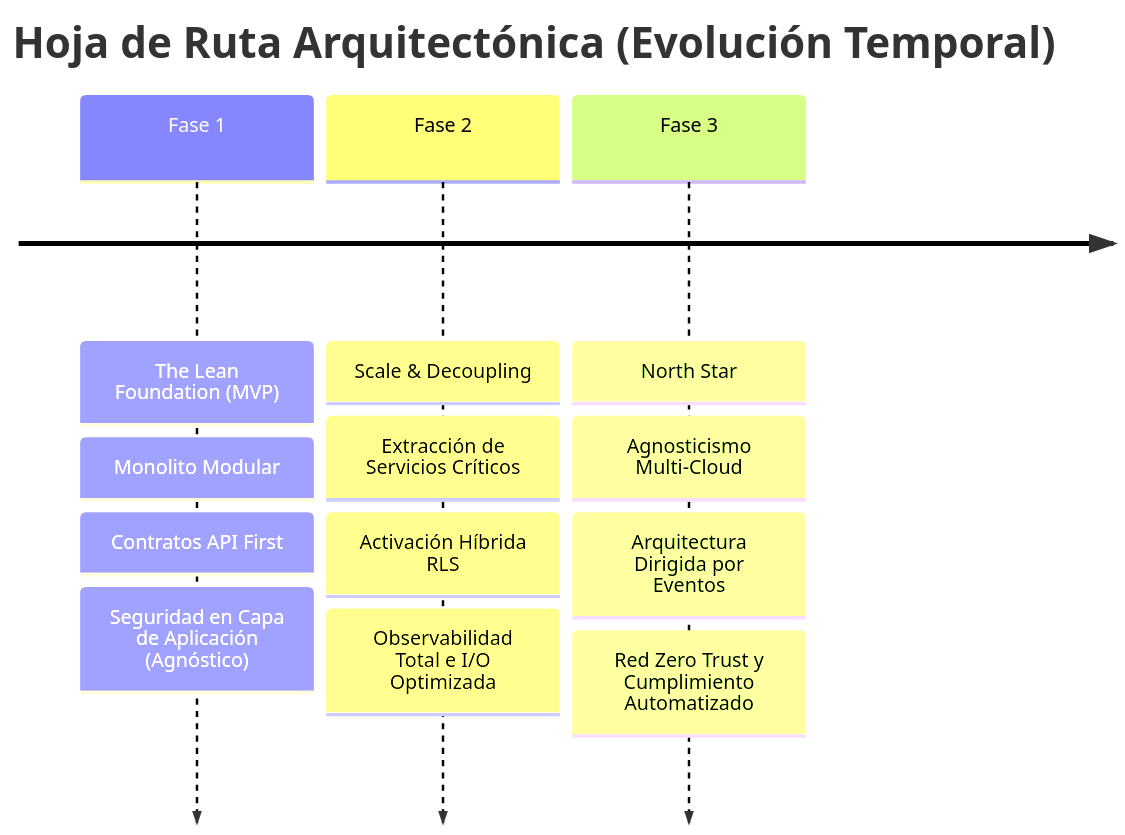
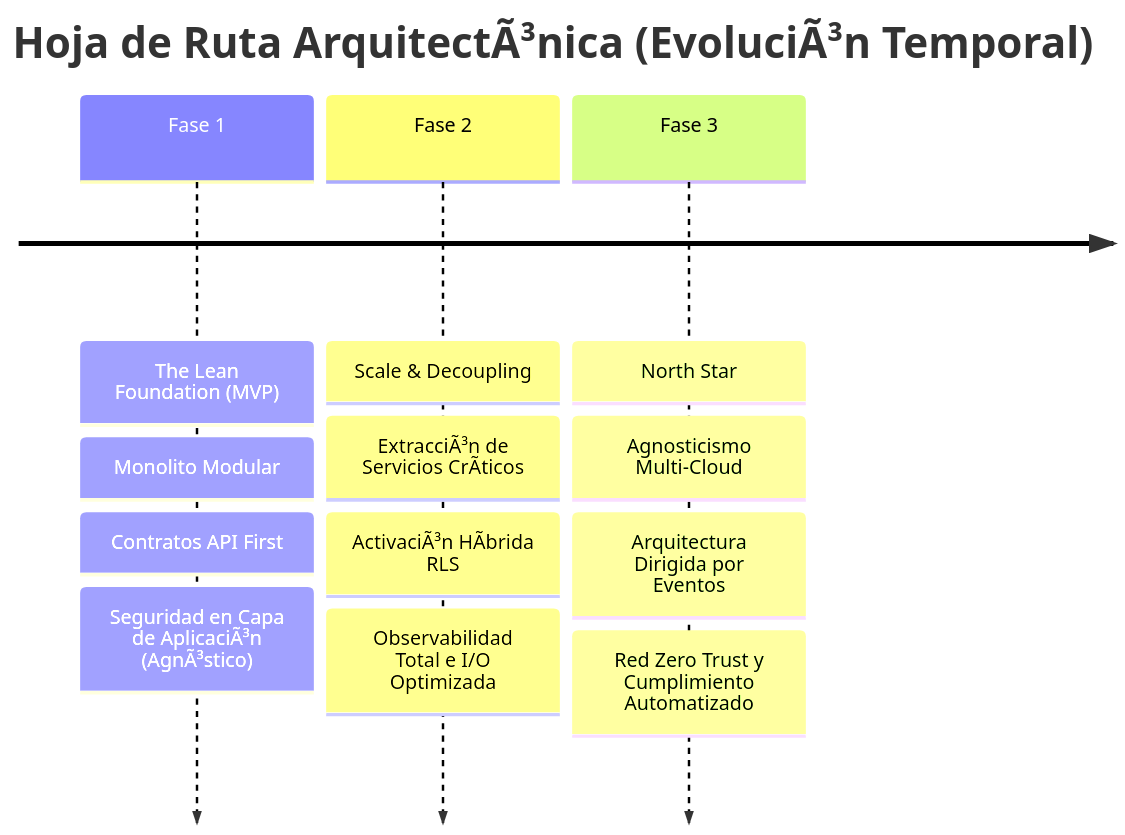
One commit to beyondnetcode/arc32_nodejs_progresive_monolith changed the diagram in governance/standards-es/vision/evolutionary-strategy-roadmap.md. Above: the diagram before and after it, drawn with Mermaid. The commit also changed other lines of this file and 303 other files, not shown here.

````diff
--- a/governance/standards-es/vision/evolutionary-strategy-roadmap.md
+++ b/governance/standards-es/vision/evolutionary-strategy-roadmap.md
@@ -22,7 +22,7 @@
 ```mermaid
 timeline
-    title Hoja de Ruta Arquitectónica (Evolución Temporal)
-    Fase 1 : The Lean Foundation (MVP) : Monolito Modular : Contratos API First : Seguridad en Capa de Aplicación (Agnóstico)
-    Fase 2 : Scale & Decoupling : Extracción de Servicios Críticos : Activación Híbrida RLS : Observabilidad Total e I/O Optimizada
+    title Hoja de Ruta ArquitectÃ³nica (EvoluciÃ³n Temporal)
+    Fase 1 : The Lean Foundation (MVP) : Monolito Modular : Contratos API First : Seguridad en Capa de AplicaciÃ³n (AgnÃ³stico)
+    Fase 2 : Scale & Decoupling : ExtracciÃ³n de Servicios CrÃ­ticos : ActivaciÃ³n HÃ­brida RLS : Observabilidad Total e I/O Optimizada
     Fase 3 : North Star : Agnosticismo Multi-Cloud : Arquitectura Dirigida por Eventos : Red Zero Trust y Cumplimiento Automatizado
 ```
````
